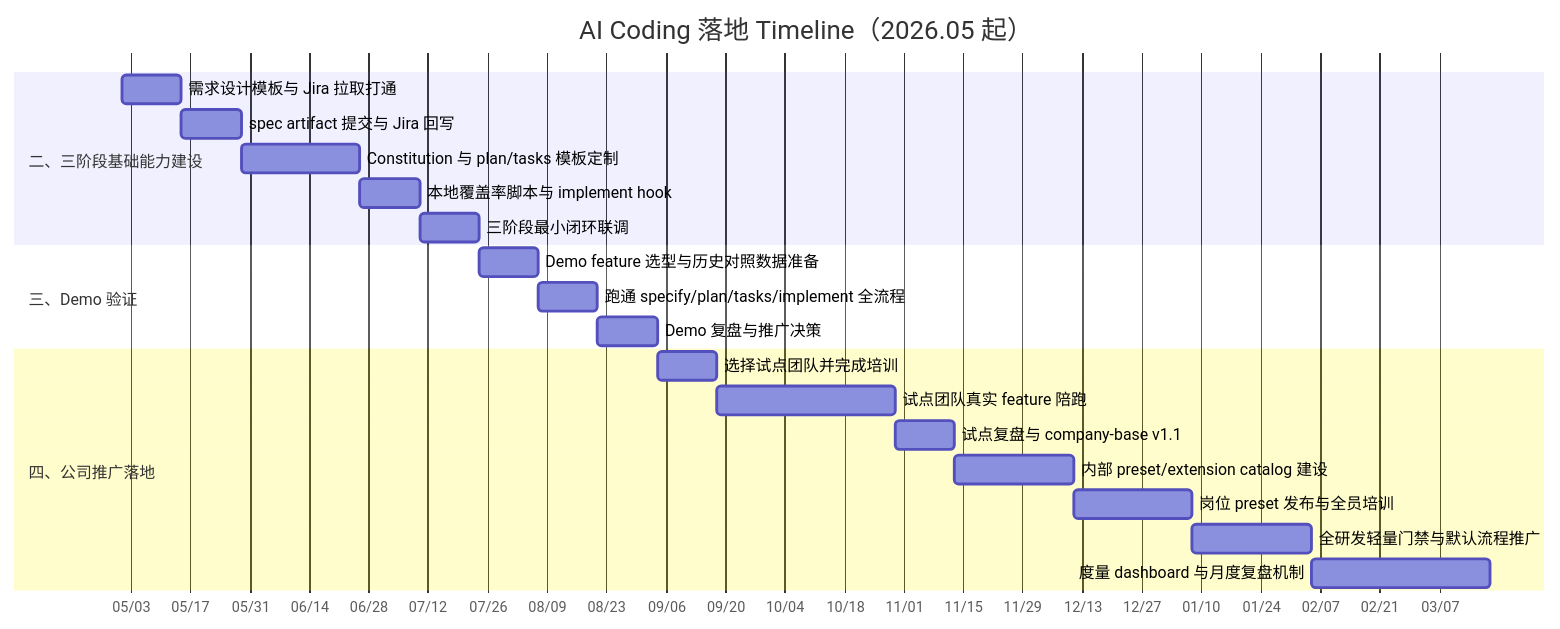
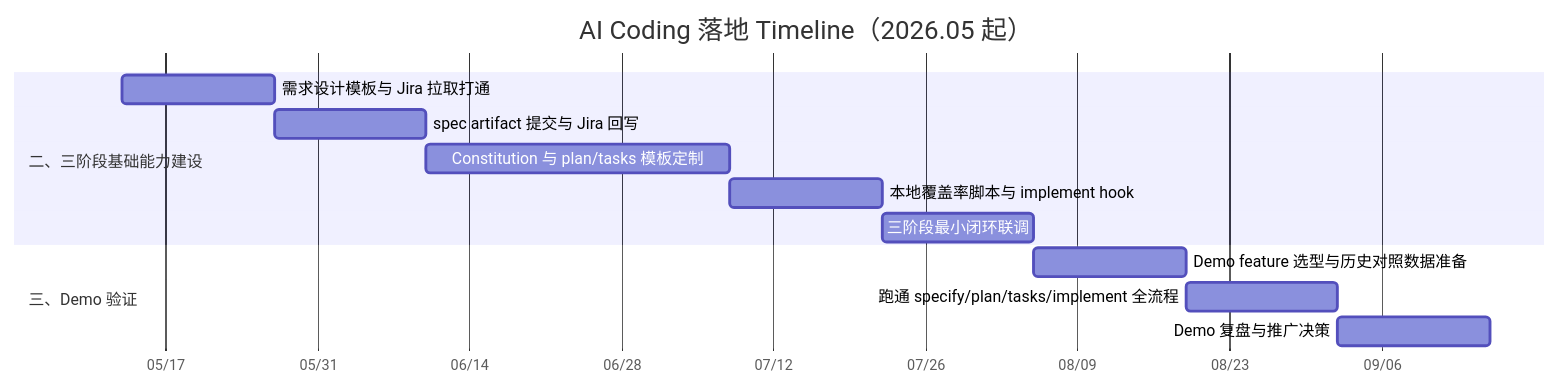
The second of 3 diagrams in docs/ai-coding-plan.md (9527dong/spec-kit), drawn with Mermaid before and after one commit. The commit also changed other lines of this file, not shown here.

First line of the commit message:
docs: enhance AI coding plan with clearer structure and additional details

````diff
--- a/docs/ai-coding-plan.md
+++ b/docs/ai-coding-plan.md
@@ -285,28 +224,19 @@
 ```mermaid
 gantt
     title AI Coding 落地 Timeline（2026.05 起）
     dateFormat  YYYY-MM-DD
     axisFormat  %m/%d
     tickInterval 2week
 
     section 二、三阶段基础能力建设
-    需求设计模板与 Jira 拉取打通           :p2_1, 2026-05-01, 14d
-    spec artifact 提交与 Jira 回写          :p2_2, 2026-05-15, 14d
-    Constitution 与 plan/tasks 模板定制     :p2_3, 2026-05-29, 28d
-    本地覆盖率脚本与 implement hook         :p2_4, 2026-06-26, 14d
-    三阶段最小闭环联调                      :p2_5, 2026-07-10, 14d
+    需求设计模板与 Jira 拉取打通           :p2_1, 2026-05-13, 14d
+    spec artifact 提交与 Jira 回写          :p2_2, after p2_1, 14d
+    Constitution 与 plan/tasks 模板定制     :p2_3, after p2_2, 28d
+    本地覆盖率脚本与 implement hook         :p2_4, after p2_3, 14d
+    三阶段最小闭环联调                      :p2_5, after p2_4, 14d
 
     section 三、Demo 验证
-    Demo feature 选型与历史对照数据准备     :p3_1, 2026-07-24, 14d
-    跑通 specify/plan/tasks/implement 全流程 :p3_2, 2026-08-07, 14d
-    Demo 复盘与推广决策                     :p3_3, 2026-08-21, 14d
-
-    section 四、公司推广落地
-    选择试点团队并完成培训                  :p4_1, 2026-09-04, 14d
-    试点团队真实 feature 陪跑               :p4_2, 2026-09-18, 42d
-    试点复盘与 company-base v1.1            :p4_3, 2026-10-30, 14d
-    内部 preset/extension catalog 建设      :p4_4, 2026-11-13, 28d
-    岗位 preset 发布与全员培训              :p4_5, 2026-12-11, 28d
-    全研发轻量门禁与默认流程推广            :p4_6, 2027-01-08, 28d
-    度量 dashboard 与月度复盘机制           :p4_7, 2027-02-05, 42d
+    Demo feature 选型与历史对照数据准备     :p3_1, after p2_5, 14d
+    跑通 specify/plan/tasks/implement 全流程 :p3_2, after p3_1, 14d
+    Demo 复盘与推广决策                     :p3_3, after p3_2, 14d
 ```
````
